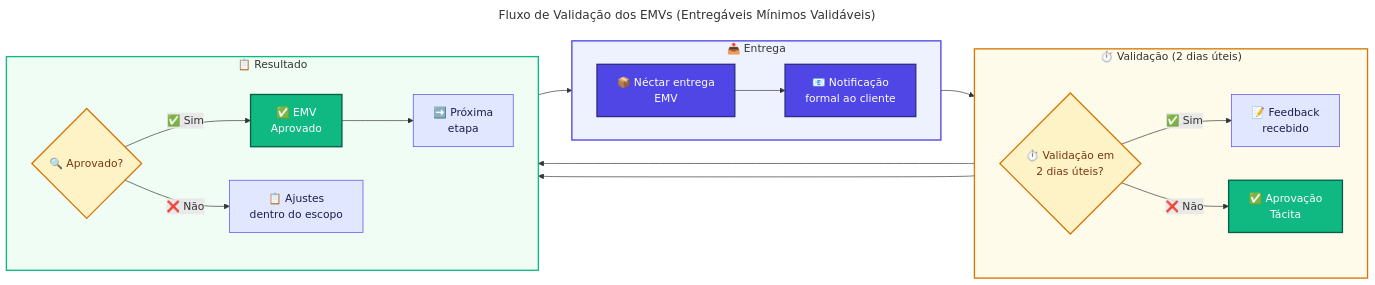
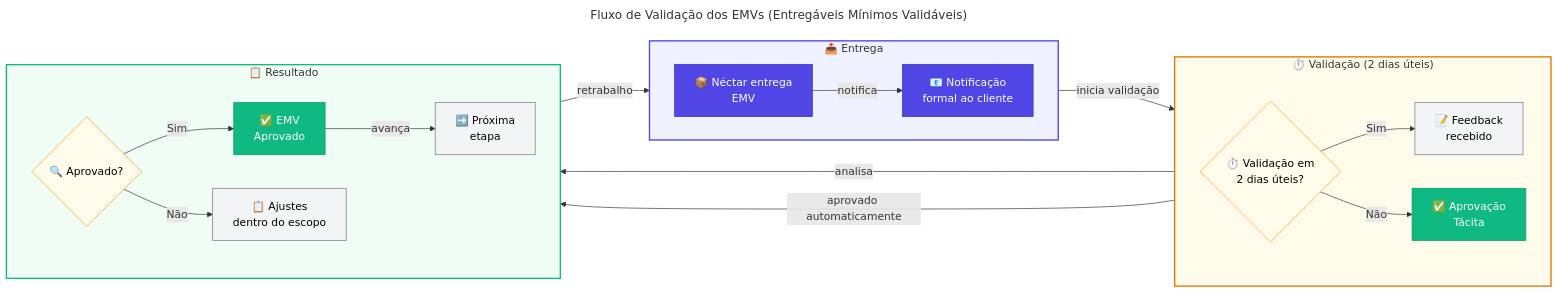
One commit to Evilazaro/Azure-LogicApps-Monitoring changed the third of 14 diagrams in docs/planoProjetoModernizacao.md. Above: the diagram before and after it, drawn with Mermaid. The commit also changed other lines of this file, not shown here.

Commit message:
docs: Refine mermaid diagrams in project plan for improved clarity, consistency, and styling

````diff
--- a/docs/planoProjetoModernizacao.md
+++ b/docs/planoProjetoModernizacao.md
@@ -593,78 +558,60 @@
 ```mermaid
 ---
-title: "Fluxo de Validação dos EMVs (Entregáveis Mínimos Validáveis)"
+title: Fluxo de Validação dos EMVs (Entregáveis Mínimos Validáveis)
 ---
 flowchart LR
-    %% ═══════════════════════════════════════════════════════════════
-    %% FLUXO DE VALIDAÇÃO DOS EMVs
-    %% PROPÓSITO: Documentar o processo de entrega, validação e
-    %%            aprovação dos Entregáveis Mínimos Validáveis
-    %% REGRA: 2 dias úteis para validação; após prazo = aprovação tácita
-    %% ═══════════════════════════════════════════════════════════════
+    %% ===== DEFINIÇÕES DE ESTILO =====
+    classDef primary fill:#4F46E5,stroke:#3730A3,color:#FFFFFF
+    classDef secondary fill:#10B981,stroke:#059669,color:#FFFFFF
+    classDef datastore fill:#F59E0B,stroke:#D97706,color:#000000
+    classDef external fill:#6B7280,stroke:#4B5563,color:#FFFFFF,stroke-dasharray: 5 5
+    classDef failed fill:#F44336,stroke:#C62828,color:#FFFFFF
+    classDef trigger fill:#818CF8,stroke:#4F46E5,color:#FFFFFF
+    classDef decision fill:#FFFBEB,stroke:#F59E0B,color:#000000
+    classDef input fill:#F3F4F6,stroke:#6B7280,color:#000000
 
-    %% ───────────────────────────────────────────────────────────────
-    %% FASE 1: Entrega (Néctar → Cooperflora)
-    %% ───────────────────────────────────────────────────────────────
+    %% ===== SUBGRAPH: ENTREGA =====
     subgraph entrega ["📤 Entrega"]
         direction LR
         A["📦 Néctar entrega<br>EMV"]
         B["📧 Notificação<br>formal ao cliente"]
-        A --> B
+        A -->|"notifica"| B
     end
+    style entrega fill:#EEF2FF,stroke:#4F46E5,stroke-width:2px
 
-    %% ───────────────────────────────────────────────────────────────
-    %% FASE 2: Validação (Cooperflora - prazo de 2 dias úteis)
-    %% ───────────────────────────────────────────────────────────────
+    %% ===== SUBGRAPH: VALIDAÇÃO =====
     subgraph validacao ["⏱️ Validação (2 dias úteis)"]
         direction LR
         C{"⏱️ Validação em<br>2 dias úteis?"}
         D["📝 Feedback<br>recebido"]
         E["✅ Aprovação<br>Tácita"]
-        C -->|"✅ Sim"| D
-        C -->|"❌ Não"| E
+        C -->|"Sim"| D
+        C -->|"Não"| E
     end
+    style validacao fill:#FFFBEB,stroke:#D97706,stroke-width:2px
 
-    %% ───────────────────────────────────────────────────────────────
-    %% FASE 3: Decisão e Resultado
-    %% ───────────────────────────────────────────────────────────────
+    %% ===== SUBGRAPH: RESULTADO =====
     subgraph resultado ["📋 Resultado"]
         direction LR
         F{"🔍 Aprovado?"}
         G["✅ EMV<br>Aprovado"]
         H["📋 Ajustes<br>dentro do escopo"]
         I["➡️ Próxima<br>etapa"]
-        F -->|"✅ Sim"| G
-        F -->|"❌ Não"| H
-        G --> I
+        F -->|"Sim"| G
+        F -->|"Não"| H
+        G -->|"avança"| I
     end
+    style resultado fill:#F0FDF4,stroke:#10B981,stroke-width:2px
 
-    %% ───────────────────────────────────────────────────────────────
-    %% CONEXÕES ENTRE FASES
-    %% ───────────────────────────────────────────────────────────────
-    entrega --> validacao
-    D --> F
-    E --> G
-    H --> A
+    %% ===== CONEXÕES ENTRE FASES =====
+    entrega -->|"inicia validação"| validacao
+    D -->|"analisa"| F
+    E -->|"aprovado automaticamente"| G
+    H -->|"retrabalho"| A
 
-    %% ═══════════════════════════════════════════════════════════════
-    %% ESTILOS: Paleta de cores por tipo de elemento
-    %% - Indigo (#4F46E5): Ações de entrega
-    %% - Amber (#FEF3C7): Pontos de decisão
-    %% - Emerald (#10B981): Aprovação/Sucesso
-    %% - Indigo claro (#E0E7FF): Processos intermediários
-    %% ═══════════════════════════════════════════════════════════════
-    classDef delivery fill:#4F46E5,stroke:#312E81,color:#FFFFFF,stroke-width:2px
-    classDef decision fill:#FEF3C7,stroke:#D97706,color:#78350F,stroke-width:2px
-    classDef approved fill:#10B981,stroke:#065F46,color:#FFFFFF,stroke-width:2px
-    classDef process fill:#E0E7FF,stroke:#4F46E5,color:#1E1B4B,stroke-width:1px
-
-    class A,B delivery
+    %% ===== APLICAÇÃO DE ESTILOS =====
+    class A,B primary
     class C,F decision
-    class E,G approved
-    class D,H,I process
-
-    %% Estilo dos subgraphs
-    style entrega fill:#EEF2FF,stroke:#4F46E5,stroke-width:2px
-    style validacao fill:#FFFBEB,stroke:#D97706,stroke-width:2px
-    style resultado fill:#F0FDF4,stroke:#10B981,stroke-width:2px
+    class E,G secondary
+    class D,H,I input
 ```
````
